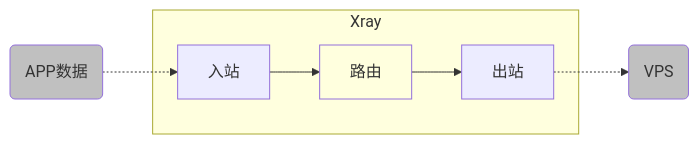
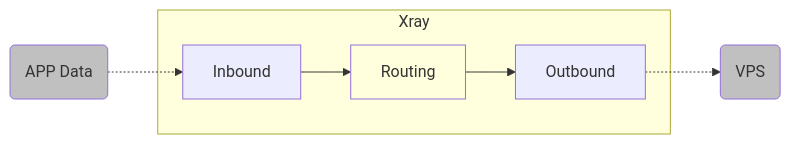
The first of 4 diagrams in docs/en/document/level-1/routing-lv1-part1.md (XTLS/Xray-docs-next), drawn with Mermaid before and after one commit. The commit also changed other lines of this file and 90 other files, not shown here.

````diff
--- a/docs/en/document/level-1/routing-lv1-part1.md
+++ b/docs/en/document/level-1/routing-lv1-part1.md
@@ -25,18 +25,18 @@
 ```mermaid
     graph LR;
 
-    S(APP数据) .-> I[入站]
+    S(APP Data) .-> I[Inbound]
 
     subgraph Xray
-    I --> R[路由] --> O[出站]
+    I --> R[Routing] --> O[Outbound]
     end
 
     O .-> V(VPS)
 
     V:::greyclass
     S:::greyclass
     R:::routingclass
     classDef greyclass fill:#C0C0C0
     classDef routingclass fill:#FFFFDE
 
 ```
````
